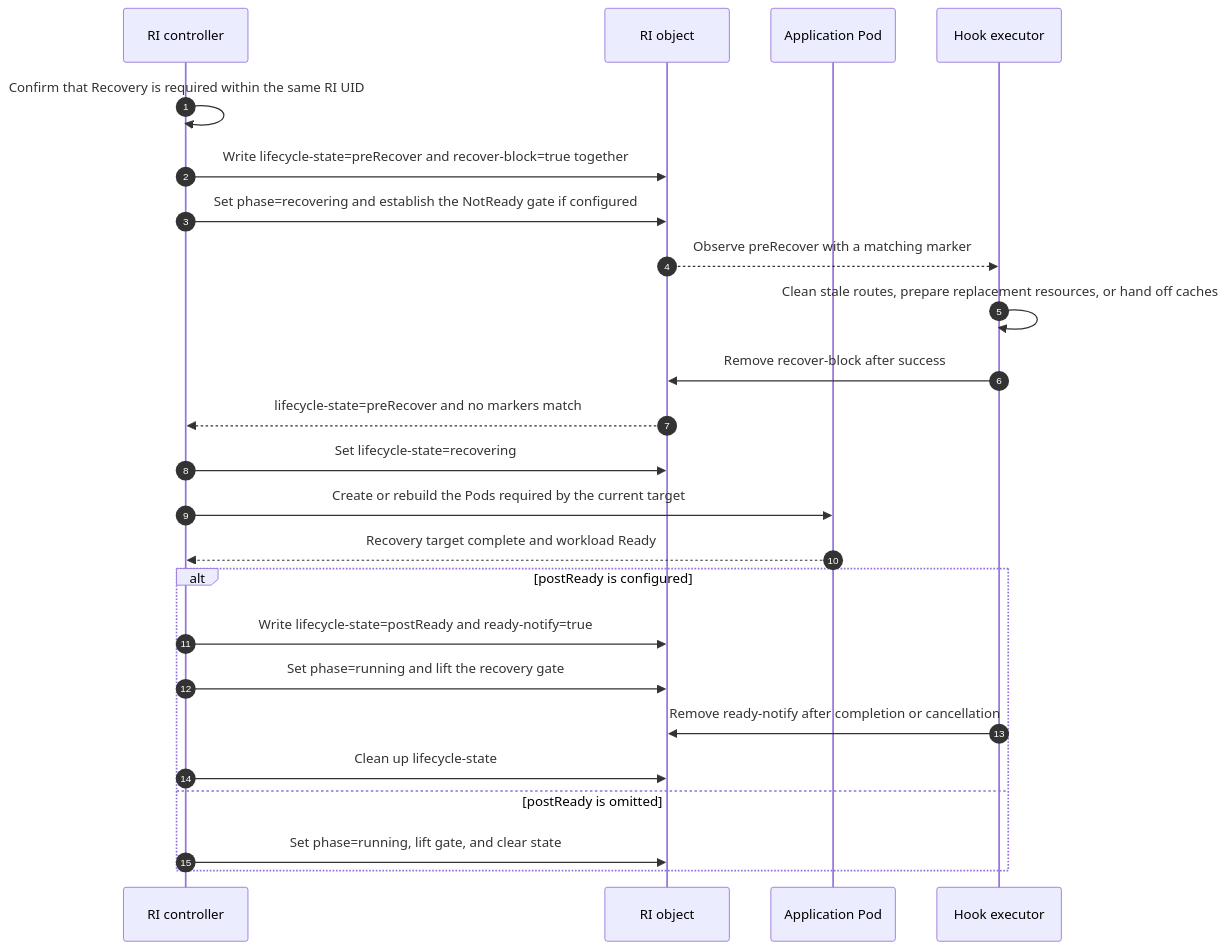
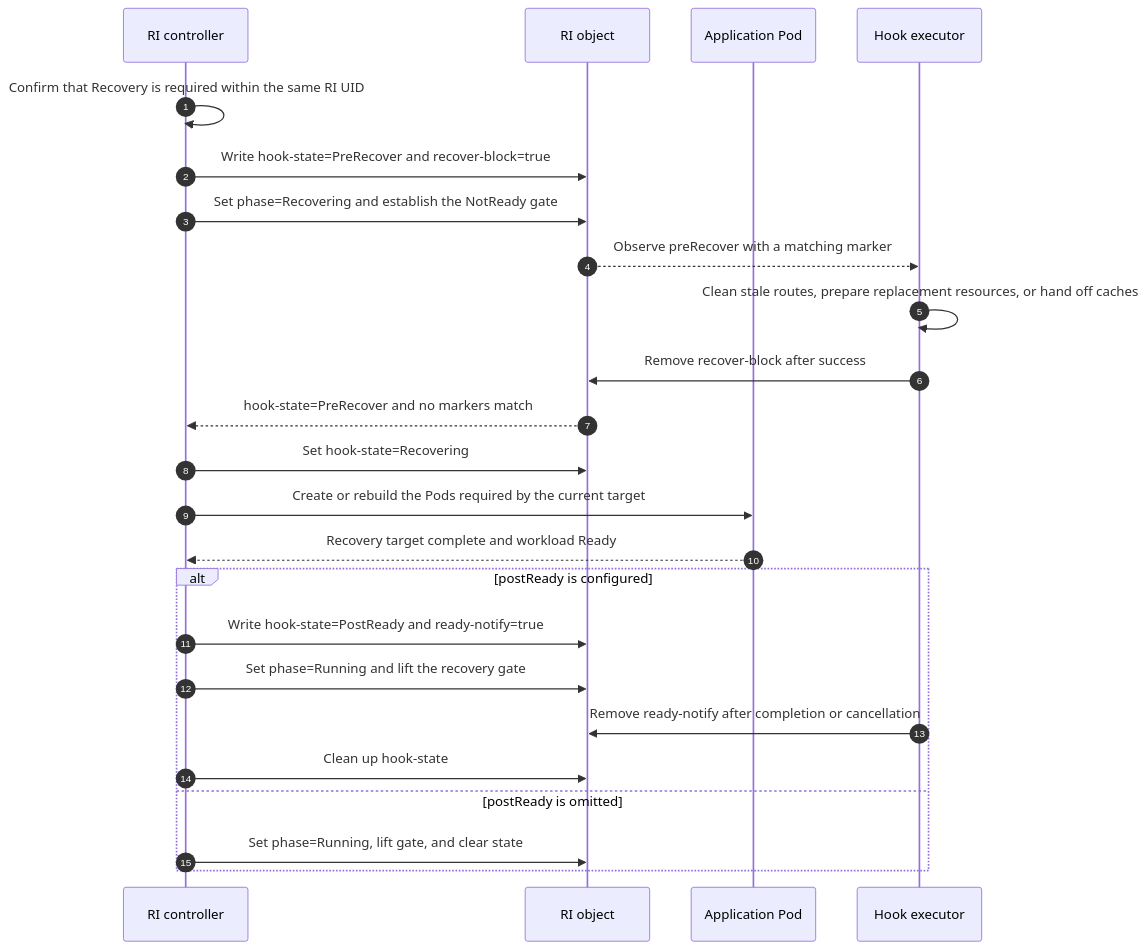
The second of 4 diagrams in keps/527-roleinstance-lifecycle/README.md (sgl-project/rbg), drawn with Mermaid before and after one commit. The commit also changed other lines of this file and 2 other files, not shown here.

Commit message:
docs: define RI lifecycle constants and values

````diff
--- a/keps/527-roleinstance-lifecycle/README.md
+++ b/keps/527-roleinstance-lifecycle/README.md
@@ -489,26 +532,26 @@
 ```mermaid
 sequenceDiagram
     autonumber
     participant C as RI controller
     participant R as RI object
     participant P as Application Pod
     participant E as Hook executor
     C->>C: Confirm that Recovery is required within the same RI UID
-    C->>R: Write lifecycle-state=preRecover and recover-block=true together
-    C->>R: Set phase=recovering and establish the NotReady gate if configured
+    C->>R: Write hook-state=PreRecover and recover-block=true
+    C->>R: Set phase=Recovering and establish the NotReady gate
     R-->>E: Observe preRecover with a matching marker
     E->>E: Clean stale routes, prepare replacement resources, or hand off caches
     E->>R: Remove recover-block after success
-    R-->>C: lifecycle-state=preRecover and no markers match
-    C->>R: Set lifecycle-state=recovering
+    R-->>C: hook-state=PreRecover and no markers match
+    C->>R: Set hook-state=Recovering
     C->>P: Create or rebuild the Pods required by the current target
     P-->>C: Recovery target complete and workload Ready
     alt postReady is configured
-        C->>R: Write lifecycle-state=postReady and ready-notify=true
-        C->>R: Set phase=running and lift the recovery gate
+        C->>R: Write hook-state=PostReady and ready-notify=true
+        C->>R: Set phase=Running and lift the recovery gate
         E->>R: Remove ready-notify after completion or cancellation
-        C->>R: Clean up lifecycle-state
+        C->>R: Clean up hook-state
     else postReady is omitted
-        C->>R: Set phase=running, lift gate, and clear state
+        C->>R: Set phase=Running, lift gate, and clear state
     end
 ```
````
